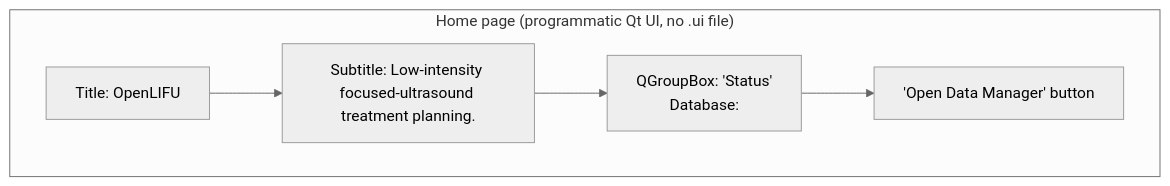
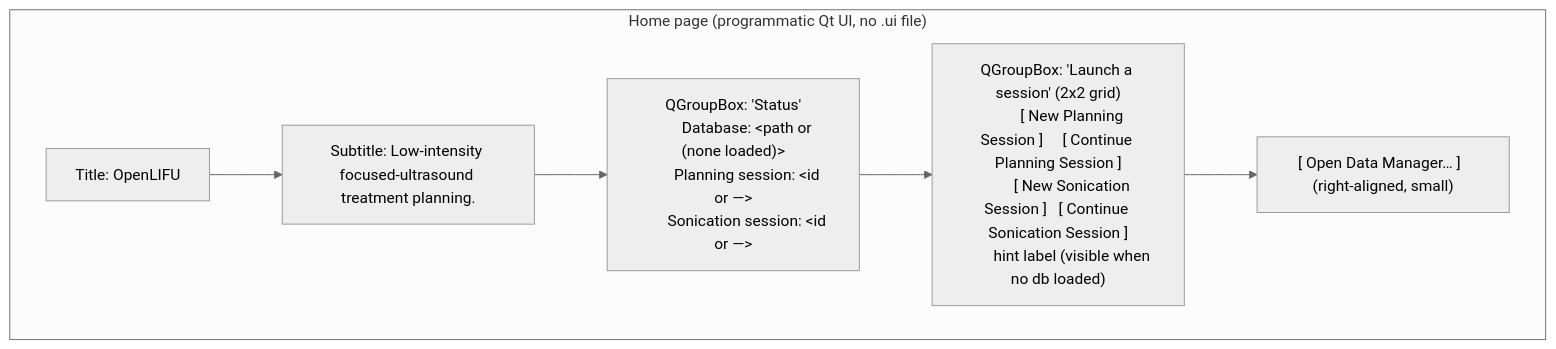
Before and after one commit to OpenwaterHealth/SlicerOpenLIFU: the first of 3 diagrams in docs/pages/home.md, drawn with Mermaid (neutral theme). The commit also changed other lines of this file and 17 other files, not shown here.

First line of the commit message:
Home: auto-connect DB + launch buttons; extract session_actions (#635)

````diff
--- a/docs/pages/home.md
+++ b/docs/pages/home.md
@@ -24,13 +30,17 @@
 ```mermaid
 flowchart TB
     subgraph HOME["Home page (programmatic Qt UI, no .ui file)"]
       TITLE["Title: OpenLIFU"]
       SUBTITLE["Subtitle: Low-intensity focused-ultrasound treatment planning."]
       STATUS["QGroupBox: 'Status'
-        Database: <path or (none loaded)>
-        Planning session: <id or —>
-        Sonication session: <id or —>"]
-      BUTTON["'Open Data Manager' button"]
-      TITLE --> SUBTITLE --> STATUS --> BUTTON
+        Database: &lt;path or (none loaded)&gt;
+        Planning session: &lt;id or —&gt;
+        Sonication session: &lt;id or —&gt;"]
+      LAUNCH["QGroupBox: 'Launch a session' (2x2 grid)
+        [ New Planning Session ]     [ Continue Planning Session ]
+        [ New Sonication Session ]   [ Continue Sonication Session ]
+        hint label (visible when no db loaded)"]
+      ADMIN["[ Open Data Manager… ]  (right-aligned, small)"]
+      TITLE --> SUBTITLE --> STATUS --> LAUNCH --> ADMIN
     end
 ```
````
